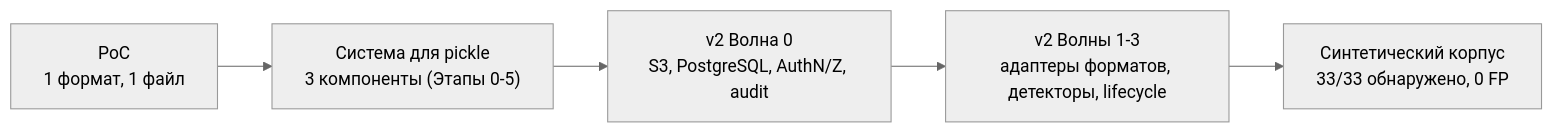
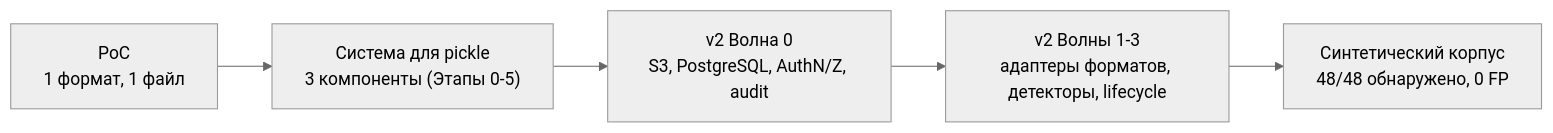
Before and after one commit to pol4/MLScan: the diagram in README.md, drawn with Mermaid (neutral theme). The commit also changed other lines of this file and 41 other files, not shown here.

````diff
--- a/README.md
+++ b/README.md
@@ -32,7 +32,7 @@
 ```mermaid
 flowchart LR
   P["PoC<br/>1 формат, 1 файл"] --> S["Система для pickle<br/>3 компоненты (Этапы 0-5)"]
   S --> V0["v2 Волна 0<br/>S3, PostgreSQL, AuthN/Z, audit"]
   V0 --> V1["v2 Волны 1-3<br/>адаптеры форматов, детекторы, lifecycle"]
-  V1 --> T["Синтетический корпус<br/>33/33 обнаружено, 0 FP"]
+  V1 --> T["Синтетический корпус<br/>48/48 обнаружено, 0 FP"]
 ```
````
